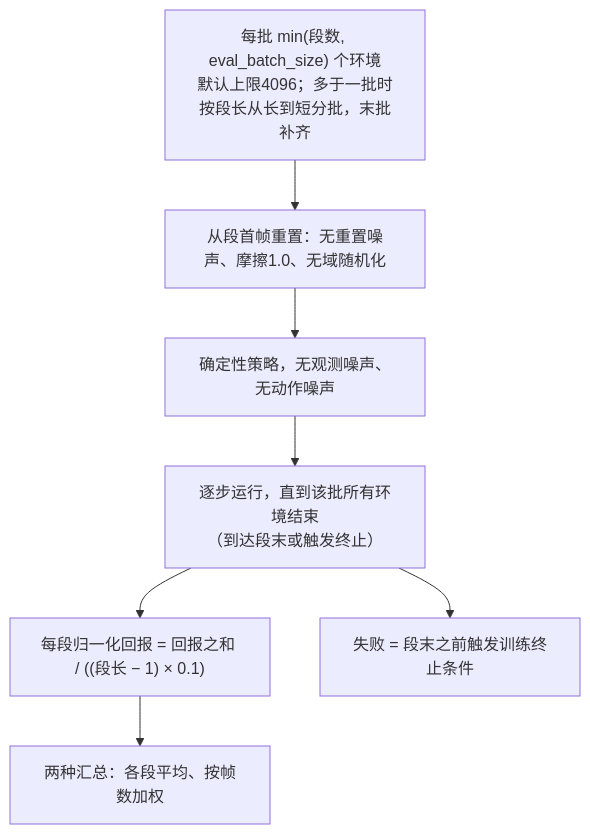
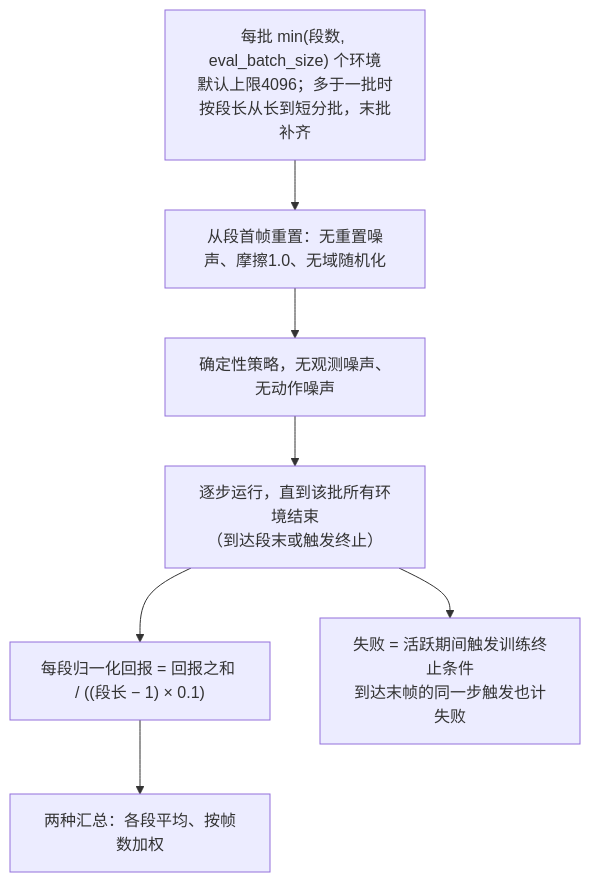
Before and after one commit to RaraAlu/Supermimic: diagram 11 of 11 in docs/analysis/training_pipeline.md, drawn with Mermaid. The commit also changed other lines of this file and 12 other files, not shown here.

````diff
--- a/docs/analysis/training_pipeline.md
+++ b/docs/analysis/training_pipeline.md
@@ -504,9 +684,9 @@
 ```mermaid
 flowchart TD
     E0["每批 min(段数, eval_batch_size) 个环境<br/>默认上限4096；多于一批时按段长从长到短分批，末批补齐"] --> E1["从段首帧重置：无重置噪声、摩擦1.0、无域随机化"]
     E1 --> E2["确定性策略，无观测噪声、无动作噪声"]
     E2 --> E3["逐步运行，直到该批所有环境结束<br/>（到达段末或触发终止）"]
     E3 --> E4["每段归一化回报 = 回报之和 / ((段长 − 1) × 0.1)"]
     E4 --> E5["两种汇总：各段平均、按帧数加权"]
-    E3 --> E6["失败 = 段末之前触发训练终止条件"]
+    E3 --> E6["失败 = 活跃期间触发训练终止条件<br/>到达末帧的同一步触发也计失败"]
 ```
````
